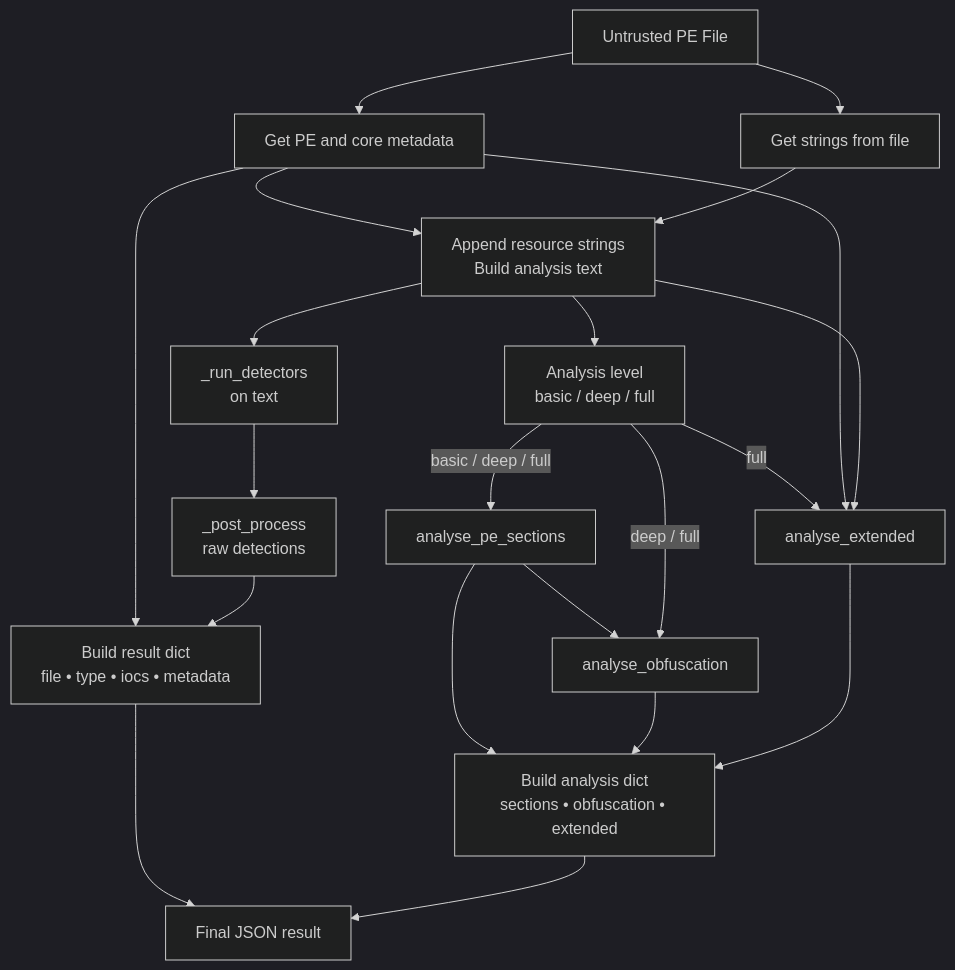
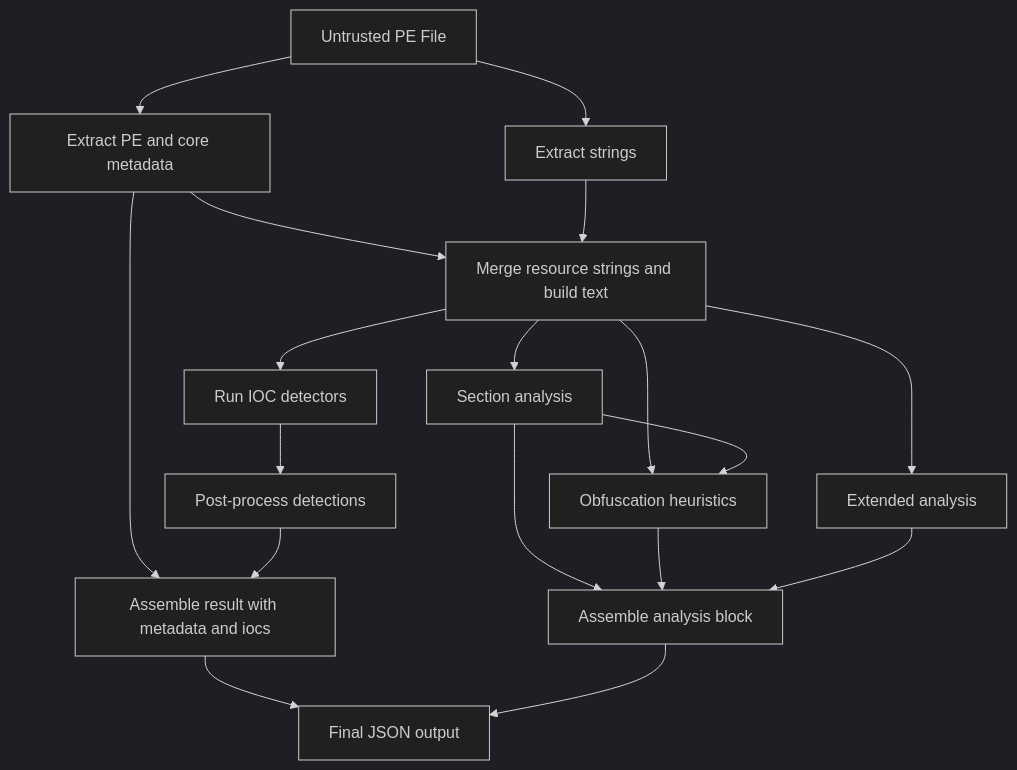
The diagram in docs/pe-pipeline.md (iocx-dev/iocx), drawn with Mermaid (dark theme) before and after one commit. The commit also changed other lines of this file, not shown here.

Commit message:
Add accompanying text to the pe pipeline diagram

````diff
--- a/docs/pe-pipeline.md
+++ b/docs/pe-pipeline.md
@@ -33,69 +33,49 @@
 ```mermaid
 flowchart TD
 
-    %% ========= Input =========
+    %% Input
     F[Untrusted PE File]
 
-    %% ========= Core parsing =========
-    GETMETA[Get PE and core metadata]
-    GETSTR[Get strings from file]
-    MERGESTR[Append resource strings<br/>Build analysis text]
+    %% Core extraction
+    META[Extract PE and core metadata]
+    STR[Extract strings]
+    MERGE[Merge resource strings and build text]
 
-    %% ========= Analysis level decision =========
-    ALVL[Analysis level<br/>basic / deep / full]
+    %% Analysis stages
+    SECT[Section analysis]
+    OBF[Obfuscation heuristics]
+    EXT[Extended analysis]
 
-    %% ========= Section analysis =========
-    SECT[analyse_pe_sections]
+    %% IOC detection
+    DETRUN[Run IOC detectors]
+    DETPOST[Post‑process detections]
 
-    %% ========= Obfuscation heuristics =========
-    OBF[analyse_obfuscation]
+    %% Output
+    BUILDRES[Assemble result with metadata and iocs]
+    BUILDAN[Assemble analysis block]
+    OUT[Final JSON output]
 
-    %% ========= Extended analysis =========
-    EXT[analyse_extended]
+    %% Linear flow
+    F --> META
+    F --> STR
+    META --> MERGE
+    STR --> MERGE
 
-    %% ========= IOC detection =========
-    DETRUN[_run_detectors<br/>on text]
-    DETPOST[_post_process<br/>raw detections]
+    MERGE --> SECT
+    MERGE --> OBF
+    MERGE --> EXT
 
-    %% ========= Result assembly =========
-    BUILDRES[Build result dict<br/>file • type • iocs • metadata]
-    BUILDAN[Build analysis dict<br/>sections • obfuscation • extended]
-
-    OUT[Final JSON result]
-
-    %% ========= Core flow =========
-    F --> GETMETA
-    F --> GETSTR
-
-    GETMETA --> MERGESTR
-    GETSTR --> MERGESTR
-
-    MERGESTR --> ALVL
-
-    %% ========= BASIC / DEEP / FULL: sections =========
-    ALVL -->|basic / deep / full| SECT
-
-    %% ========= DEEP / FULL: obfuscation =========
     SECT --> OBF
-    ALVL -->|deep / full| OBF
-
-    %% ========= FULL: extended =========
-    ALVL -->|full| EXT
-    GETMETA --> EXT
-    MERGESTR --> EXT
-
-    %% ========= IOC detection (always) =========
-    MERGESTR --> DETRUN
-    DETRUN --> DETPOST
-
-    %% ========= Result assembly =========
-    GETMETA --> BUILDRES
-    DETPOST --> BUILDRES
-
     SECT --> BUILDAN
     OBF --> BUILDAN
     EXT --> BUILDAN
 
+    MERGE --> DETRUN
+    DETRUN --> DETPOST
+
+    META --> BUILDRES
+    DETPOST --> BUILDRES
+
     BUILDRES --> OUT
     BUILDAN --> OUT
 ```
````
